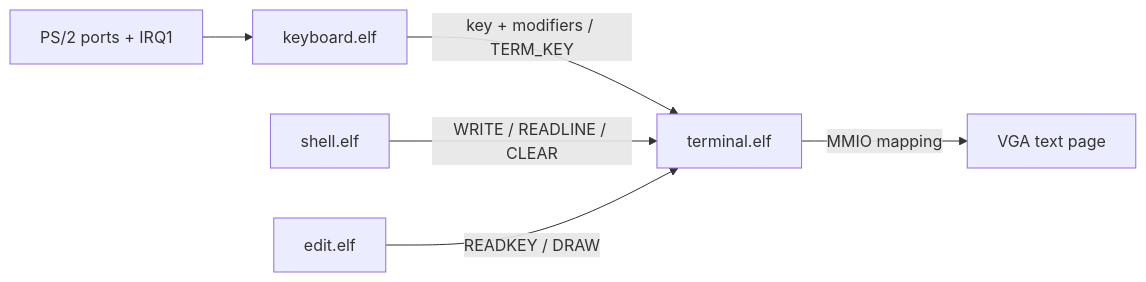
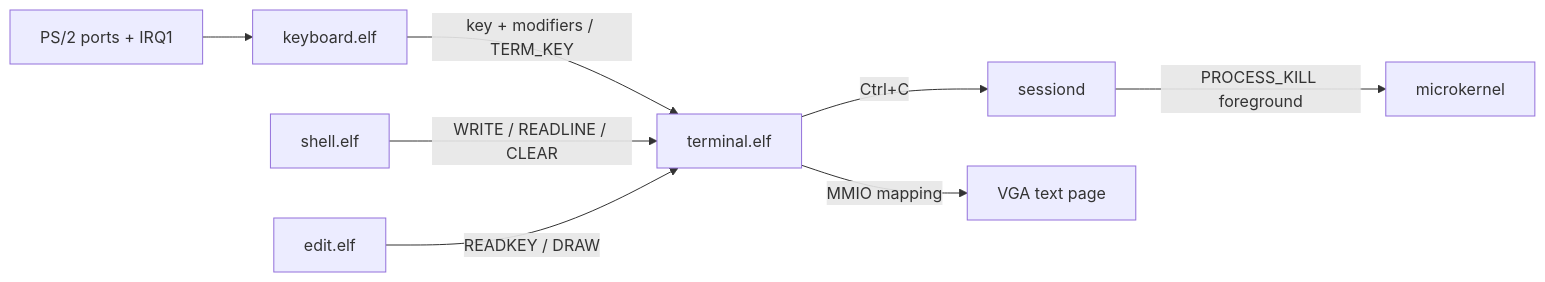
One commit to VladimirKraswov/varania-os changed the diagram in docs/DRIVERS.md. Above: the diagram before and after it, drawn with Mermaid. The commit also changed other lines of this file and 22 other files, not shown here.

````diff
--- a/docs/DRIVERS.md
+++ b/docs/DRIVERS.md
@@ -65,8 +72,10 @@
 ```mermaid
 flowchart LR
     P["PS/2 ports + IRQ1"] --> K["keyboard.elf"]
     K -->|"key + modifiers / TERM_KEY"| T["terminal.elf"]
     S["shell.elf"] -->|"WRITE / READLINE / CLEAR"| T
     E["edit.elf"] -->|"READKEY / DRAW"| T
+    T -->|"Ctrl+C"| SD["sessiond"]
+    SD -->|"PROCESS_KILL foreground"| KERNEL["microkernel"]
     T -->|"MMIO mapping"| V["VGA text page"]
 ```
````
